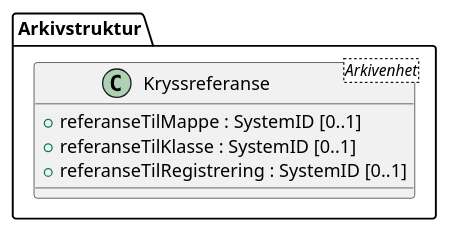
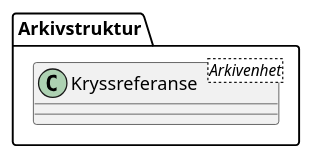
Before and after one commit to arkivverket/noark5-tjenestegrensesnitt-standard: the diagram in kapitler/media/uml-class-kryssreferanse.iuml, drawn with PlantUML.

Commit message:
Remove attributes from Kryssreferanse UML.

```diff
--- a/kapitler/media/uml-class-kryssreferanse.iuml
+++ b/kapitler/media/uml-class-kryssreferanse.iuml
@@ -1,7 +1,4 @@
 @startuml
 class Arkivstruktur.Kryssreferanse <Arkivenhet> {
-  +referanseTilMappe : SystemID [0..1]
-  +referanseTilKlasse : SystemID [0..1]
-  +referanseTilRegistrering : SystemID [0..1]
 }
 @enduml
```
